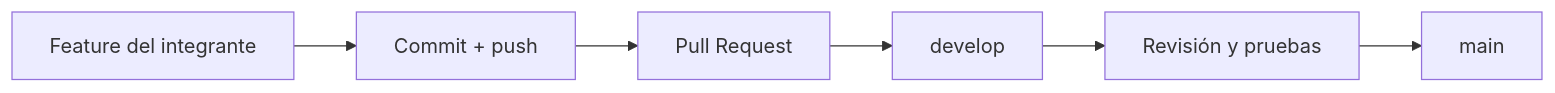
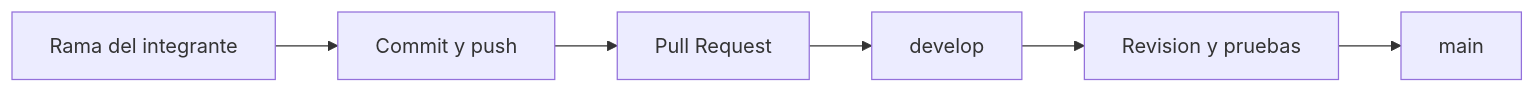
Before and after one commit to vicentesystemdev/SuperMarioVicente: the second of 2 diagrams in README.md, drawn with Mermaid. The commit also changed other lines of this file, not shown here.

Commit message:
docs: corregir diagramas Mermaid del README

````diff
--- a/README.md
+++ b/README.md
@@ -213,8 +213,8 @@
 ```mermaid
 flowchart LR
-    A[Feature del integrante] --> B[Commit + push]
-    B --> C[Pull Request]
-    C --> D[develop]
-    D --> E[Revisión y pruebas]
-    E --> F[main]
+    feature["Rama del integrante"] --> commit["Commit y push"]
+    commit --> pr["Pull Request"]
+    pr --> develop["develop"]
+    develop --> revision["Revision y pruebas"]
+    revision --> main["main"]
 ```
````
